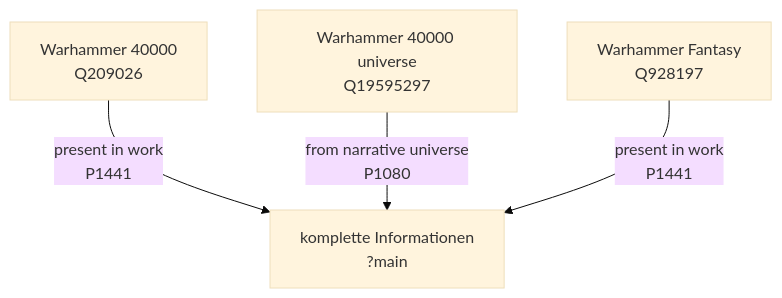
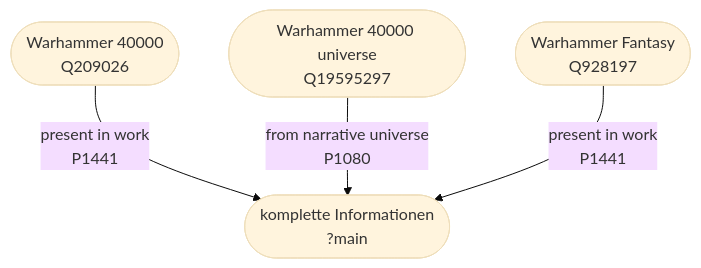
The diagram in SPARQL_DataGathering/SPARQL_strukture_TopLayer.md (mmaurostoffel/KNEX_Project), drawn with Mermaid (base theme) before and after one commit. The commit also changed 4 other files, not shown here.

````diff
--- a/SPARQL_DataGathering/SPARQL_strukture_TopLayer.md
+++ b/SPARQL_DataGathering/SPARQL_strukture_TopLayer.md
@@ -1,6 +1,6 @@
 ```mermaid
 graph
-A[Warhammer 40000<br>Q209026] -- present in work<br>P1441 -->D[komplette Informationen<br>?main]
-B[Warhammer 40000 universe<br>Q19595297] -- from narrative universe<br>P1080 -->D
-C[Warhammer Fantasy<br>Q928197] -- present in work<br>P1441 -->D[komplette Informationen<br>?main]
+A([Warhammer 40000<br>Q209026]) -- present in work<br>P1441 -->D([komplette Informationen<br>?main])
+B([Warhammer 40000 universe<br>Q19595297]) -- from narrative universe<br>P1080 -->D
+C([Warhammer Fantasy<br>Q928197]) -- present in work<br>P1441 -->D([komplette Informationen<br>?main])
 ```
````
